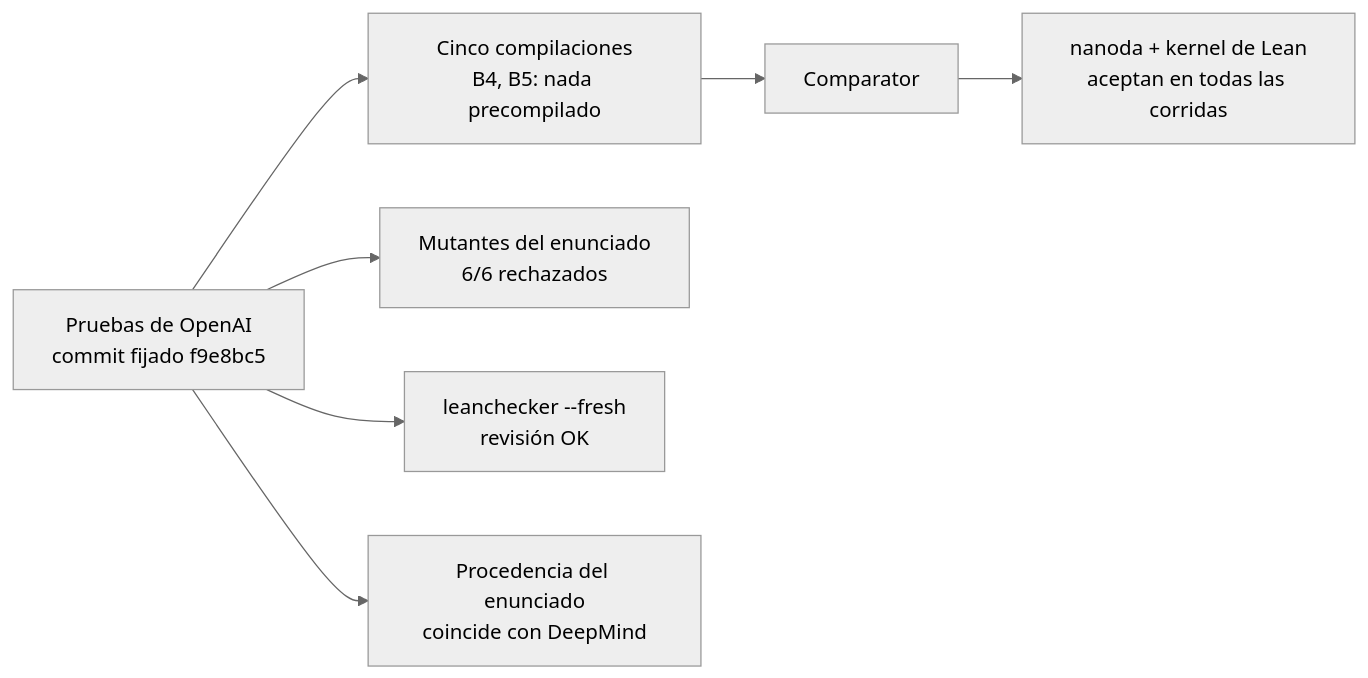
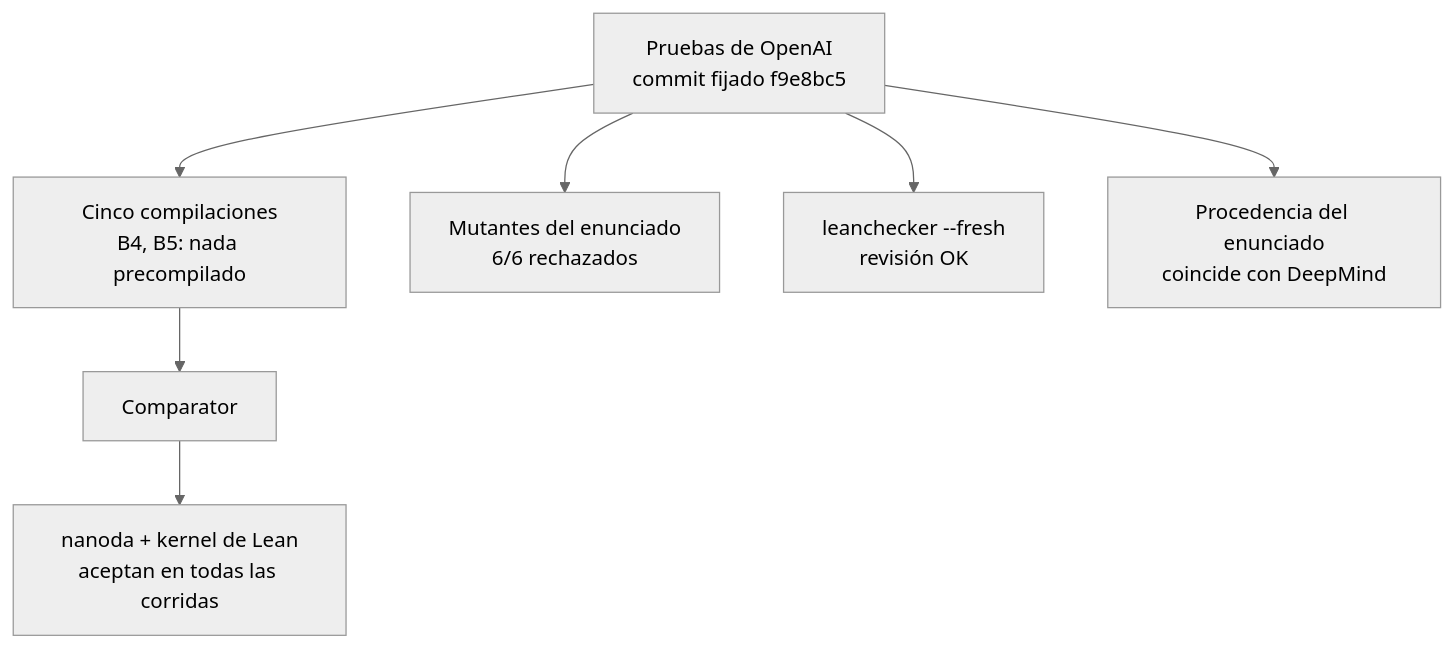
Before and after one commit to criguex/scientific-qa-evidence: the diagram in README.es.md, drawn with Mermaid (neutral theme). The commit also changed other lines of this file and 2 other files, not shown here.

````diff
--- a/README.es.md
+++ b/README.es.md
@@ -72,9 +72,9 @@
 ```mermaid
-flowchart LR
+flowchart TB
     A[Pruebas de OpenAI<br/>commit fijado f9e8bc5] --> B[Cinco compilaciones<br/>B4, B5: nada precompilado]
     B --> C[Comparator]
     C --> D[nanoda + kernel de Lean<br/>aceptan en todas las corridas]
     A --> E[Mutantes del enunciado<br/>6/6 rechazados]
     A --> F[leanchecker --fresh<br/>revisión OK]
     A --> G[Procedencia del enunciado<br/>coincide con DeepMind]
 ```
````
